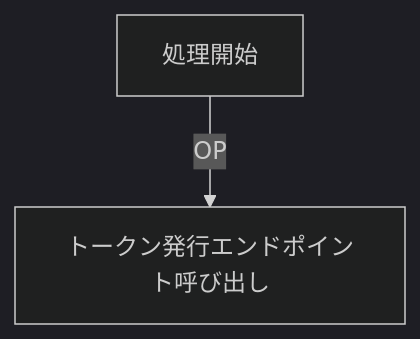
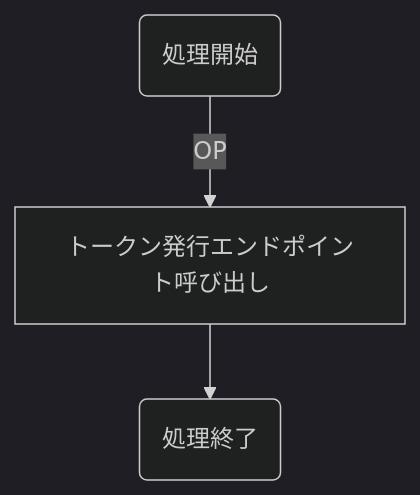
The diagram in docs/business-flow/design/rp/Token-request.md (nob-islan/nob-openid-connect), drawn with Mermaid before and after one commit. The commit also changed 10 other files, not shown here.

Commit message:
フロー図雛形完成

````diff
--- a/docs/business-flow/design/rp/Token-request.md
+++ b/docs/business-flow/design/rp/Token-request.md
@@ -3,5 +3,6 @@
 ```mermaid
 %%{init:{'theme':'dark'}}%%
 graph TD;
-    処理開始 --> |OP| トークン発行エンドポイント呼び出し
+    A(処理開始) --> |OP| B[トークン発行エンドポイント呼び出し]
+    B --> C(処理終了)
 ```
````
